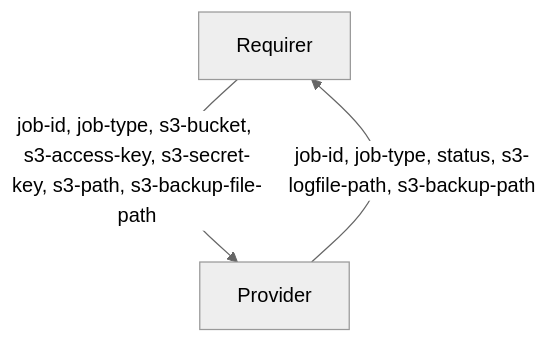
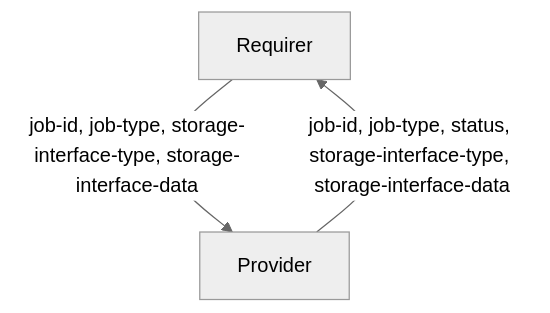
The diagram in interfaces/database_backup_manager/v0/README.md (canonical/charm-relation-interfaces), drawn with Mermaid (neutral theme) before and after one commit. The commit also changed other lines of this file and 2 other files, not shown here.

Commit message:
Further flesh out storage interface for database backup manager

````diff
--- a/interfaces/database_backup_manager/v0/README.md
+++ b/interfaces/database_backup_manager/v0/README.md
@@ -14,5 +14,5 @@
 ```mermaid
 flowchart TD
-    Requirer -- job-id, job-type, s3-bucket, s3-access-key, s3-secret-key, s3-path, s3-backup-file-path --> Provider
-    Provider -- job-id, job-type, status, s3-logfile-path, s3-backup-path --> Requirer
+    Requirer -- job-id, job-type, storage-interface-type, storage-interface-data --> Provider
+    Provider -- job-id, job-type, status, storage-interface-type, storage-interface-data --> Requirer
 ```
````
